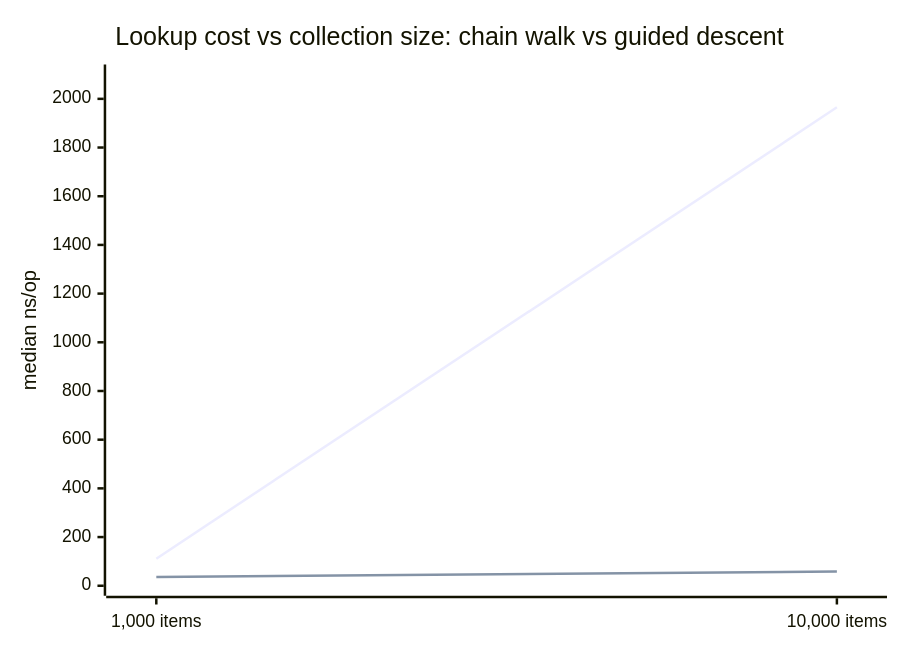
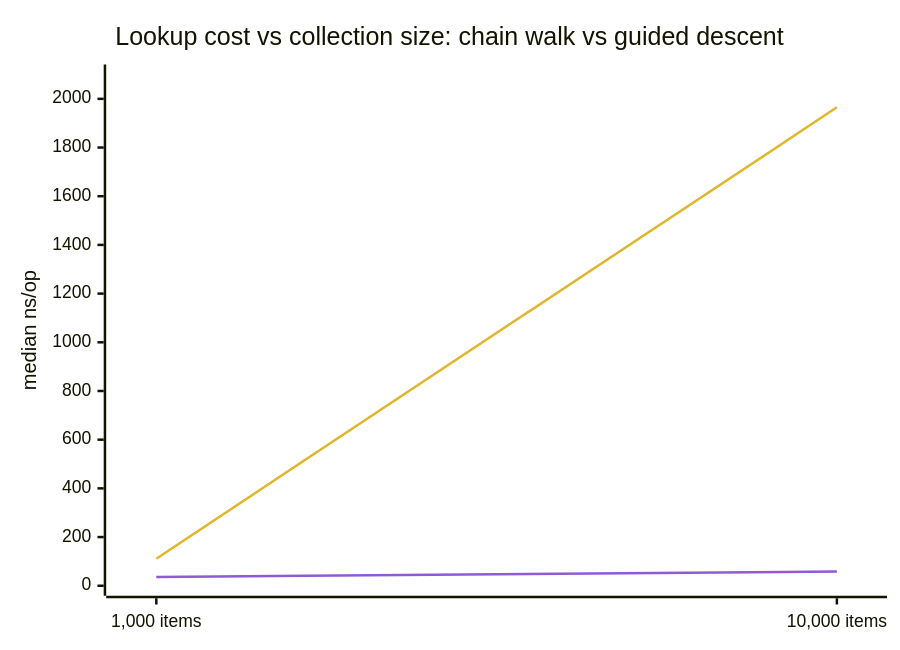
The fourth of 5 diagrams in bench/README.md (alschofield/c-data-structures-and-algorithms), drawn with Mermaid before and after one commit. The commit also changed other lines of this file, not shown here.

Commit message:
Add color-coded legends and readable labels to benchmark charts

````diff
--- a/bench/README.md
+++ b/bench/README.md
@@ -175,8 +220,14 @@
 ```mermaid
+---
+config:
+  themeVariables:
+    xyChart:
+      plotColorPalette: "#e0b62f, #8f5bd4"
+---
 xychart-beta
     title "Lookup cost vs collection size: chain walk vs guided descent"
     x-axis ["1,000 items", "10,000 items"]
     y-axis "median ns/op" 0 --> 2100
     line "Hash table get (10 fixed buckets)" [111.20, 1965.16]
     line "BST find (shuffled insert)" [35.80, 58.72]
 ```
````
